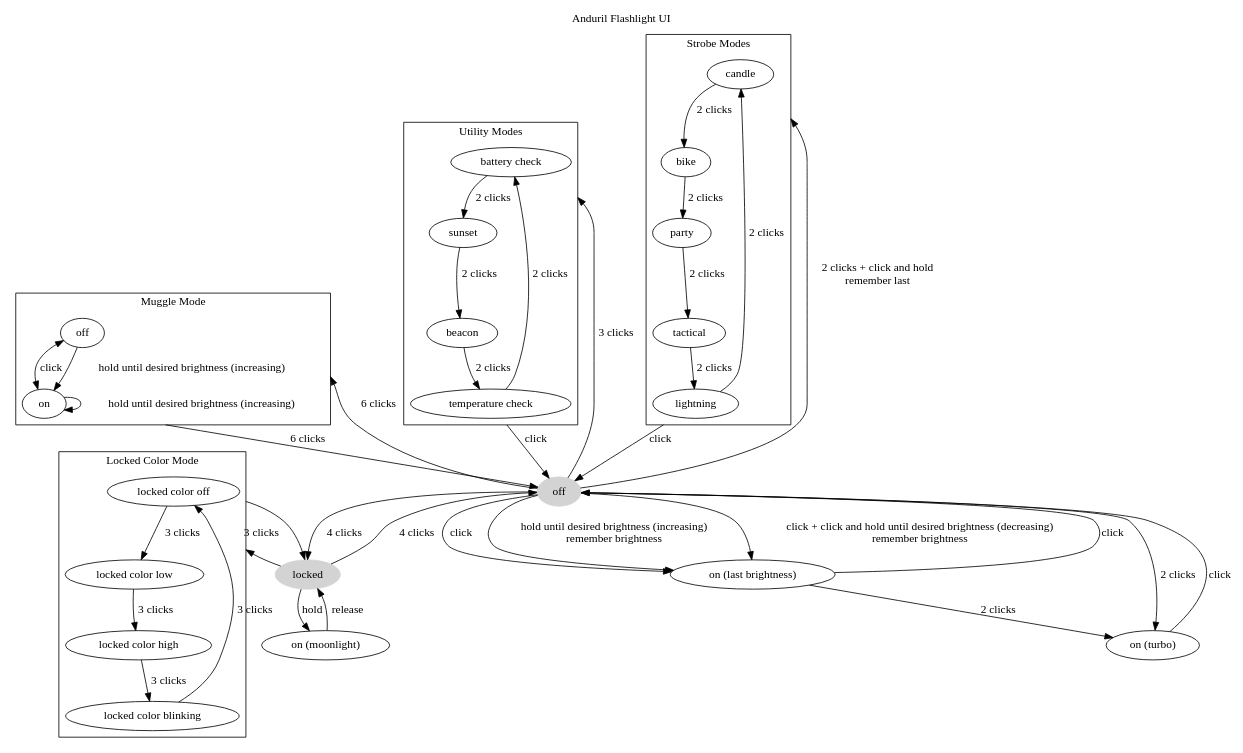
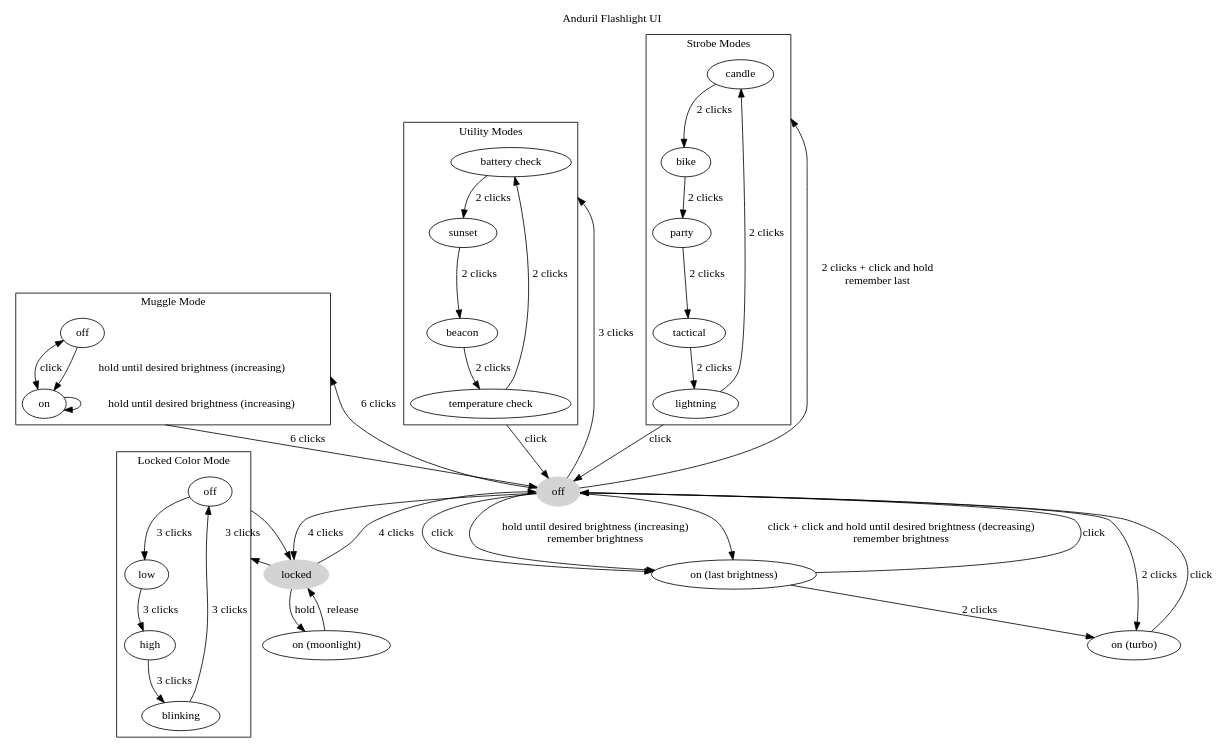
The diagram in ui.dot (mmb/anduril-ui-diagram), drawn with Graphviz before and after one commit. The commit also changed 2 other files, not shown here.

Commit message:
Shorten locked color mode labels

```diff
--- a/ui.dot
+++ b/ui.dot
@@ -1,63 +1,67 @@
 digraph {
   compound=true
 
   off[style="filled",color="lightgrey"]
   off -> "on (last brightness)"[label=click];
   off -> "on (last brightness)"[label="hold until desired brightness (increasing)\nremember brightness"];
   off -> "on (turbo)"[label="2 clicks"];
   off -> "on (last brightness)"[label="click + click and hold until desired brightness (decreasing)\nremember brightness"];
   off -> locked[label="4 clicks"];
 
   label="Muggle Mode"
   off -> "muggle off"[label="6 clicks",lhead=cluster_muggle];
   "muggle on" -> off[label="6 clicks",ltail=cluster_muggle]
   subgraph cluster_muggle {
     "muggle off"[label=off];
     "muggle on"[label=on];
     "muggle off" -> "muggle on"[label=click,dir=both]
     "muggle off" -> "muggle on"[label="hold until desired brightness (increasing)"]
     "muggle on" -> "muggle on"[label="hold until desired brightness (increasing)"]
   }
 
   label="Utility Modes"
   off -> "battery check"[label="3 clicks",lhead=cluster_utility];
   "temperature check" -> off[label=click,ltail=cluster_utility]
   subgraph cluster_utility {
     "battery check" -> sunset[label="2 clicks"]
     sunset -> beacon[label="2 clicks"]
     beacon -> "temperature check"[label="2 clicks"]
     "temperature check" -> "battery check"[label="2 clicks"]
   }
 
   label="Strobe Modes"
   off -> candle[label="2 clicks + click and hold\nremember last",lhead=cluster_strobe];
   lightning -> off[label=click,ltail=cluster_strobe];
   subgraph cluster_strobe {
     candle -> bike[label="2 clicks"]
     bike -> party[label="2 clicks"]
     party -> tactical[label="2 clicks"]
     tactical -> lightning[label="2 clicks"]
     lightning -> candle[label="2 clicks"]
   }
 
   locked[style=filled,color=lightgrey]
   locked -> off[label="4 clicks"];
   locked -> "on (moonlight)"[label=hold];
   locked -> "locked color off"[label="3 clicks",lhead=cluster_locked_color_mode];
   "locked color off" -> locked[ltail=cluster_locked_color_mode];
   label="Locked Color Mode"
   subgraph cluster_locked_color_mode {
+    "locked color off"[label=off];
+    "locked color low"[label=low];
+    "locked color high"[label=high];
+    "locked color blinking"[label=blinking];
     "locked color off" -> "locked color low"[label="3 clicks"]
     "locked color low" -> "locked color high"[label="3 clicks"]
     "locked color high" -> "locked color blinking"[label="3 clicks"]
     "locked color blinking" -> "locked color off"[label="3 clicks"]
   }
 
   "on (moonlight)" -> locked[label=release];
   "on (last brightness)" -> off[label=click];
   "on (last brightness)" -> "on (turbo)"[label="2 clicks"];
   "on (turbo)" -> off[label=click];
 
   label="Anduril Flashlight UI"
   labelloc=t
 }
```
